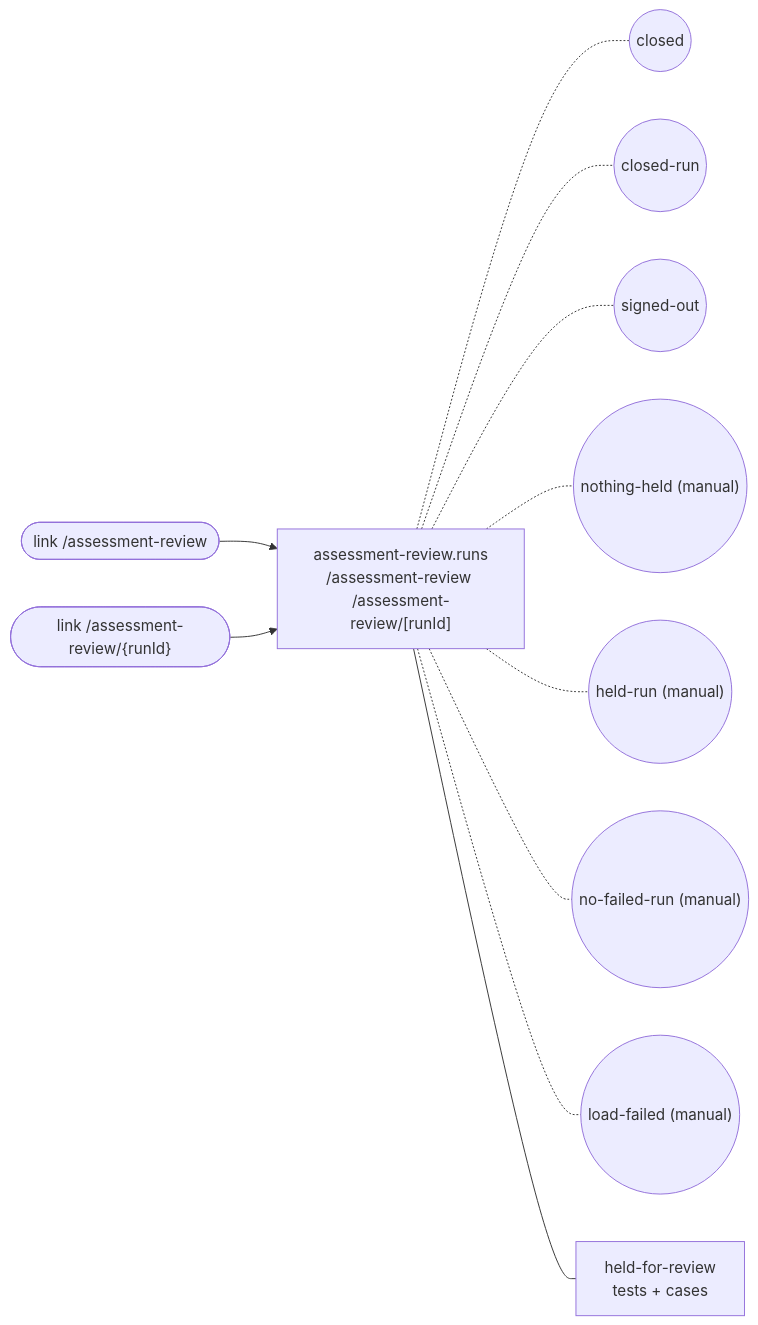
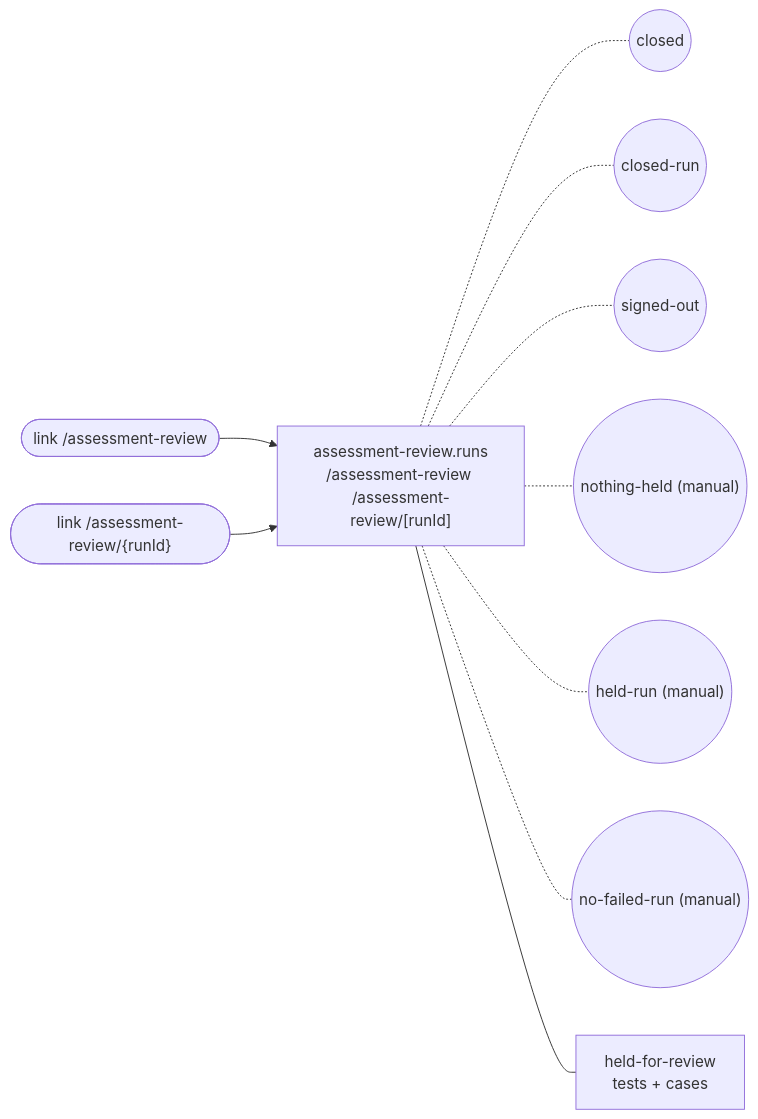
The diagram in docs/feature-maps/assessment-review.md (SebastianGarces/everyfield), drawn with Mermaid before and after one commit. The commit also changed other lines of this file and 1 other file, not shown here.

Commit message:
Assessment review map: drop the load-failed state, which no known action produces and no test renders

````diff
--- a/docs/feature-maps/assessment-review.md
+++ b/docs/feature-maps/assessment-review.md
@@ -6,16 +6,15 @@
 ```mermaid
 flowchart LR
   s0_link0(["link /assessment-review"])
   s0_link1(["link /assessment-review/{runId}"])
   s0["assessment-review.runs<br/>/assessment-review /assessment-review/[runId]"]
   s0_link0 --> s0
   s0_link1 --> s0
   s0 -.- s0_st0(("closed"))
   s0 -.- s0_st1(("closed-run"))
   s0 -.- s0_st2(("signed-out"))
   s0 -.- s0_st3(("nothing-held (manual)"))
   s0 -.- s0_st4(("held-run (manual)"))
   s0 -.- s0_st5(("no-failed-run (manual)"))
-  s0 -.- s0_st6(("load-failed (manual)"))
   s0 --- s0_b0["held-for-review<br/>tests + cases"]
 ```
````
